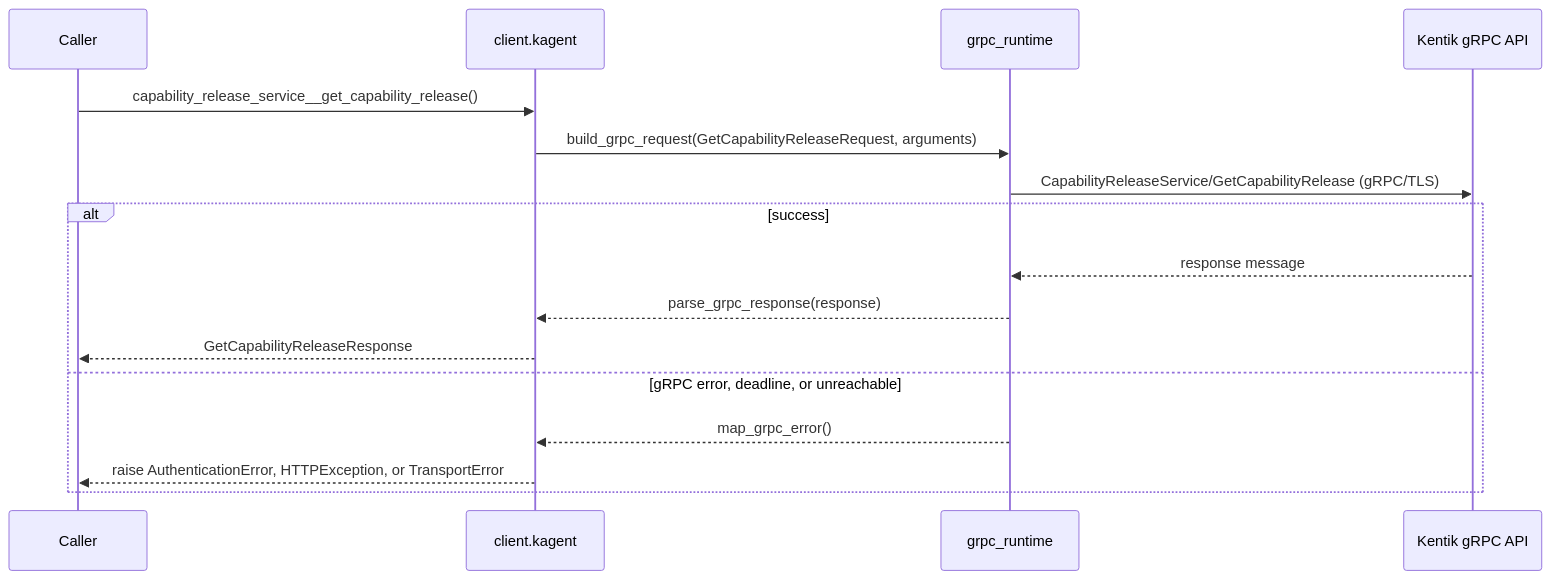
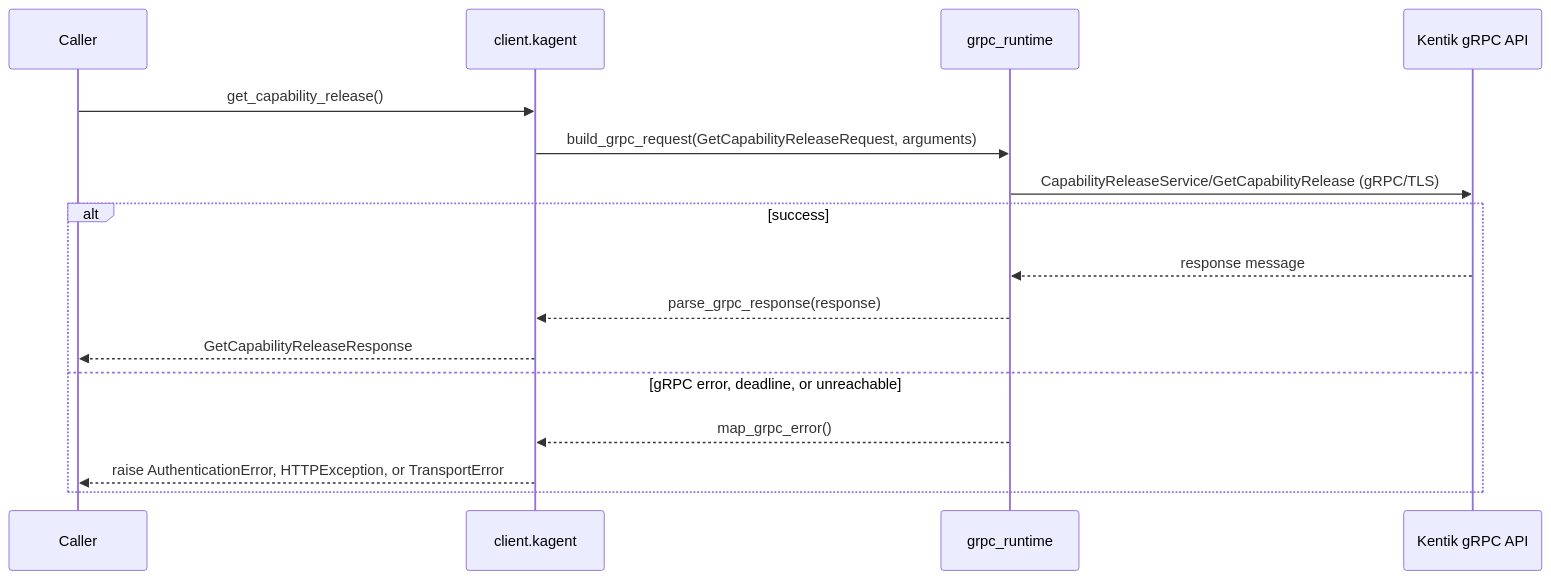
Diagram 35 of 58 in docs/sphinx/services/kagent.md (alexdearaujo/community_sdk_python), drawn with Mermaid before and after one commit. The commit also changed other lines of this file and 10 other files, not shown here.

````diff
--- a/docs/sphinx/services/kagent.md
+++ b/docs/sphinx/services/kagent.md
@@ -1280,19 +1280,19 @@
 ```mermaid
 sequenceDiagram
     participant C as Caller
     participant W as client.kagent
     participant R as grpc_runtime
     participant API as Kentik gRPC API
 
-    C->>W: capability_release_service__get_capability_release()
+    C->>W: get_capability_release()
     W->>R: build_grpc_request(GetCapabilityReleaseRequest, arguments)
     R->>API: CapabilityReleaseService/GetCapabilityRelease (gRPC/TLS)
     alt success
         API-->>R: response message
         R-->>W: parse_grpc_response(response)
         W-->>C: GetCapabilityReleaseResponse
     else gRPC error, deadline, or unreachable
         R-->>W: map_grpc_error()
         W-->>C: raise AuthenticationError, HTTPException, or TransportError
     end
 ```
````
